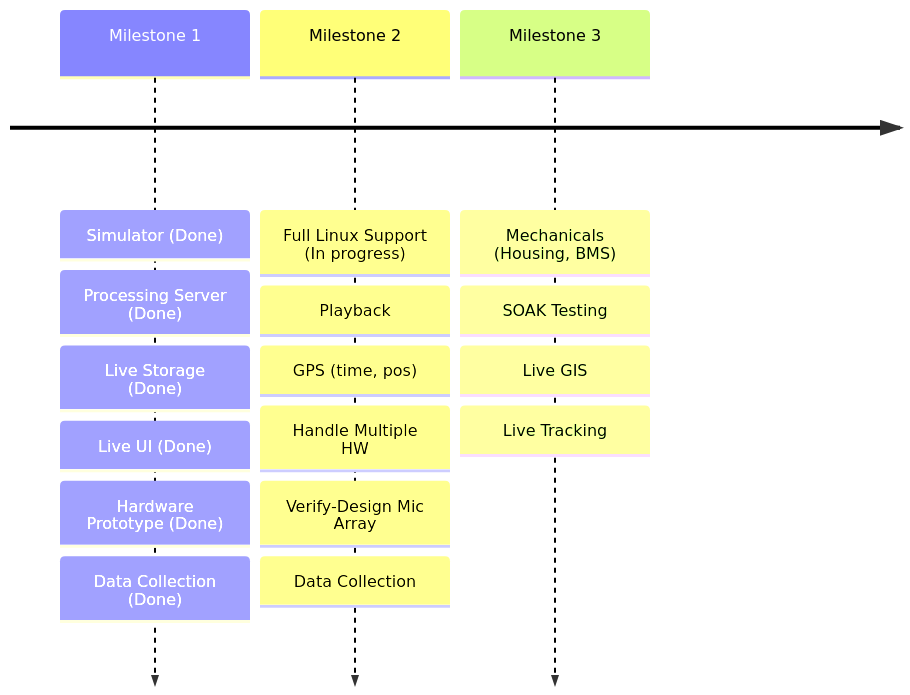
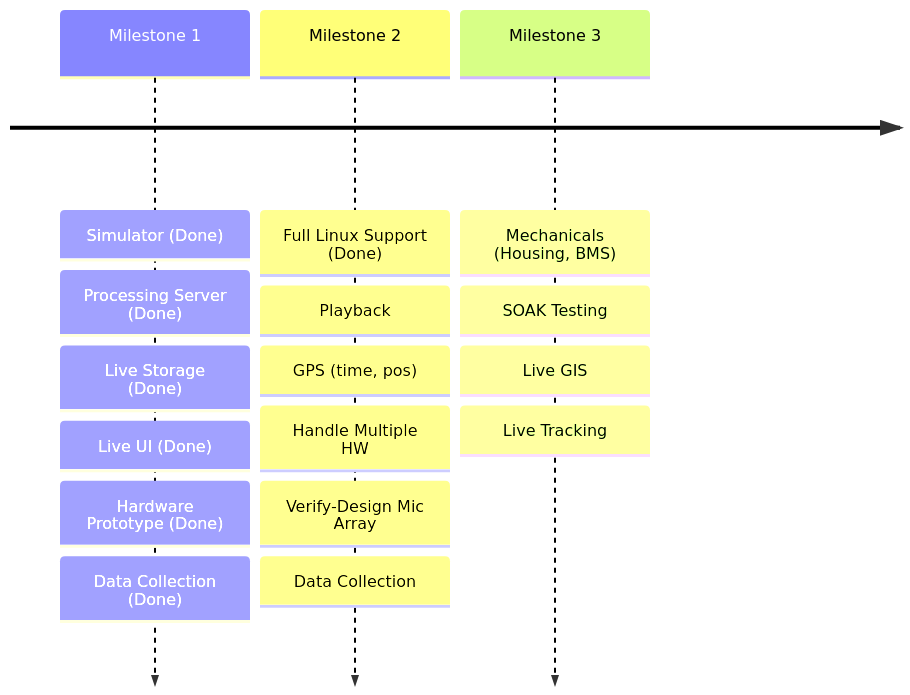
The second of 2 diagrams in profile/README.md (Sense-Scape/.github), drawn with Mermaid before and after one commit.

````diff
--- a/profile/README.md
+++ b/profile/README.md
@@ -54,8 +54,8 @@
 ``` mermaid
 
 timeline
     Milestone 1 : Simulator (Done) : Processing Server (Done) : Live Storage (Done) : Live UI (Done) : Hardware Prototype (Done) : Data Collection (Done)
-    Milestone 2 : Full Linux Support (In progress) : Playback : GPS (time, pos) : Handle Multiple HW : Verify-Design Mic Array : Data Collection
+    Milestone 2 : Full Linux Support (Done) : Playback : GPS (time, pos) : Handle Multiple HW : Verify-Design Mic Array : Data Collection
     Milestone 3 : Mechanicals (Housing, BMS) : SOAK Testing : Live GIS : Live Tracking
 
 ```
````
